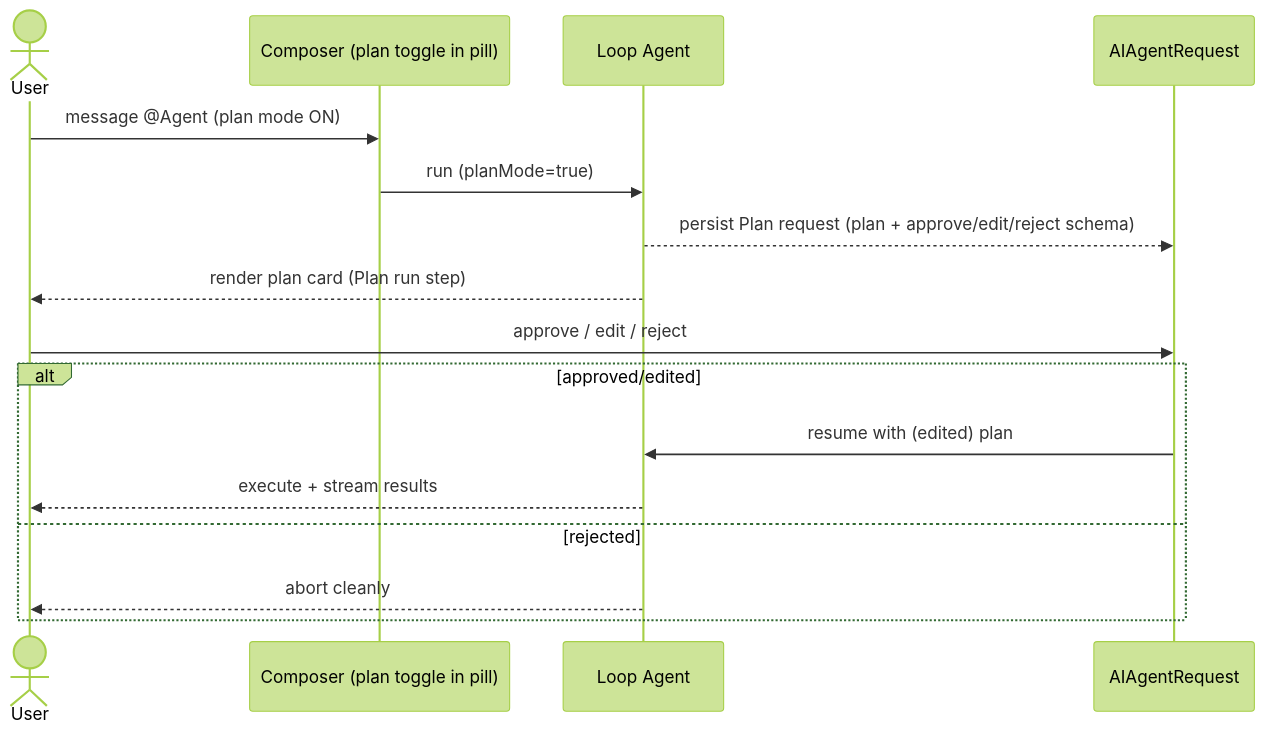
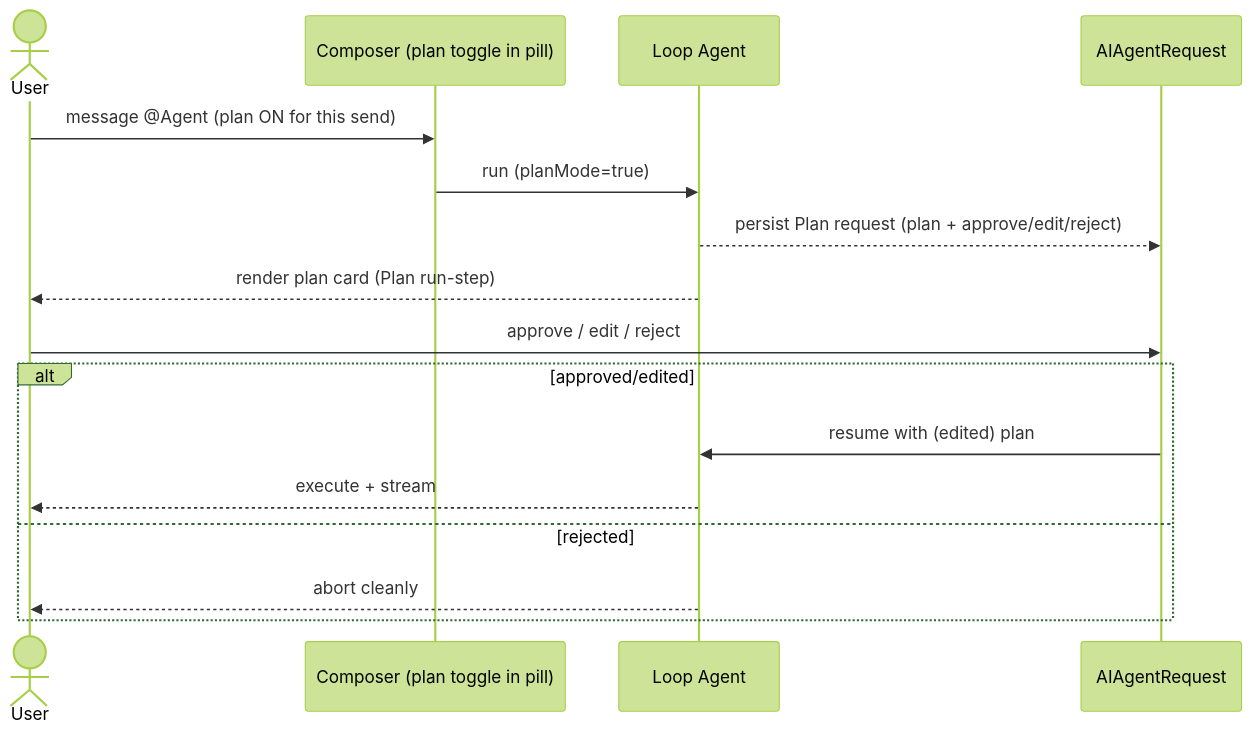
Before and after one commit to MemberJunction/MJ: the fourth of 9 diagrams in plans/conversations-mega-phase-1-wbs.md, drawn with Mermaid (forest theme). The commit also changed other lines of this file, not shown here.

First line of the commit message:
docs: finalize Mega Phase 1 plan — realtime + proxy findings, revised decisions

````diff
--- a/plans/conversations-mega-phase-1-wbs.md
+++ b/plans/conversations-mega-phase-1-wbs.md
@@ -230,18 +180,18 @@
 ```mermaid
 sequenceDiagram
   actor U as User
   participant C as Composer (plan toggle in pill)
   participant L as Loop Agent
   participant R as AIAgentRequest
-  U->>C: message @Agent (plan mode ON)
+  U->>C: message @Agent (plan ON for this send)
   C->>L: run (planMode=true)
-  L-->>R: persist Plan request (plan + approve/edit/reject schema)
-  L-->>U: render plan card (Plan run step)
+  L-->>R: persist Plan request (plan + approve/edit/reject)
+  L-->>U: render plan card (Plan run-step)
   U->>R: approve / edit / reject
   alt approved/edited
     R->>L: resume with (edited) plan
-    L-->>U: execute + stream results
+    L-->>U: execute + stream
   else rejected
     L-->>U: abort cleanly
   end
 ```
````
